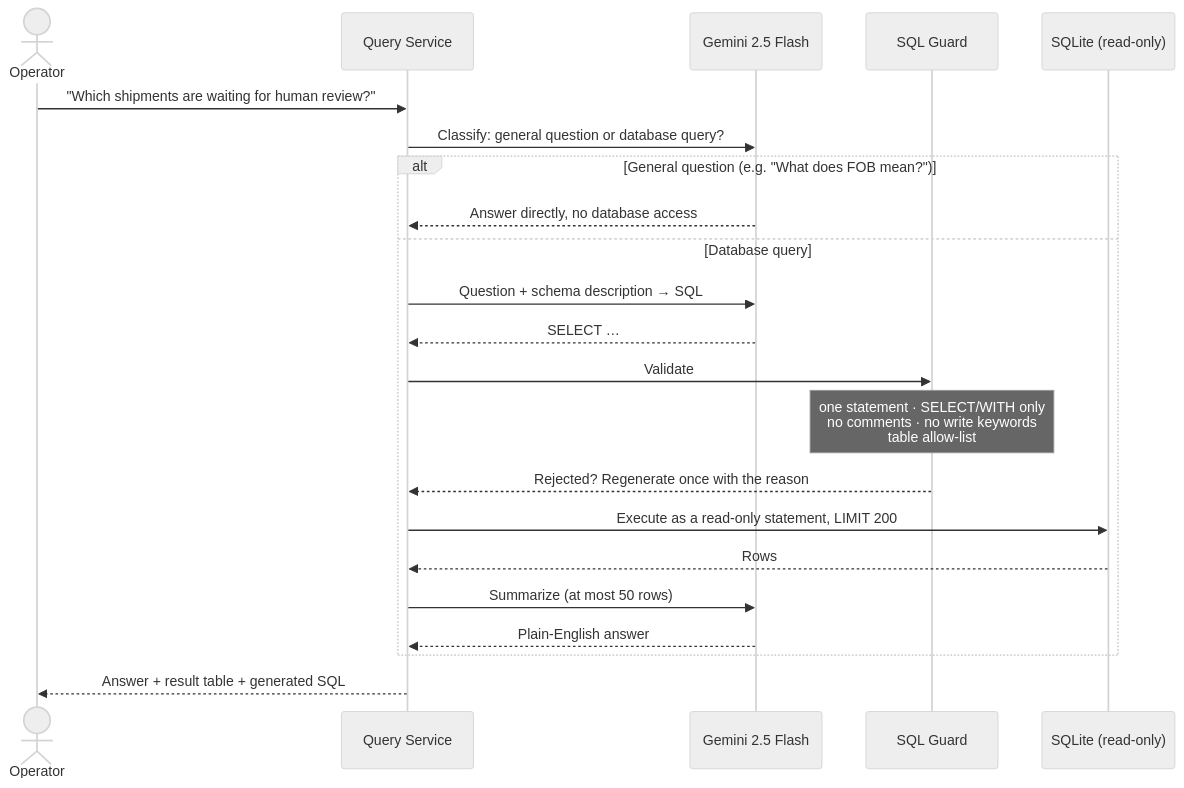
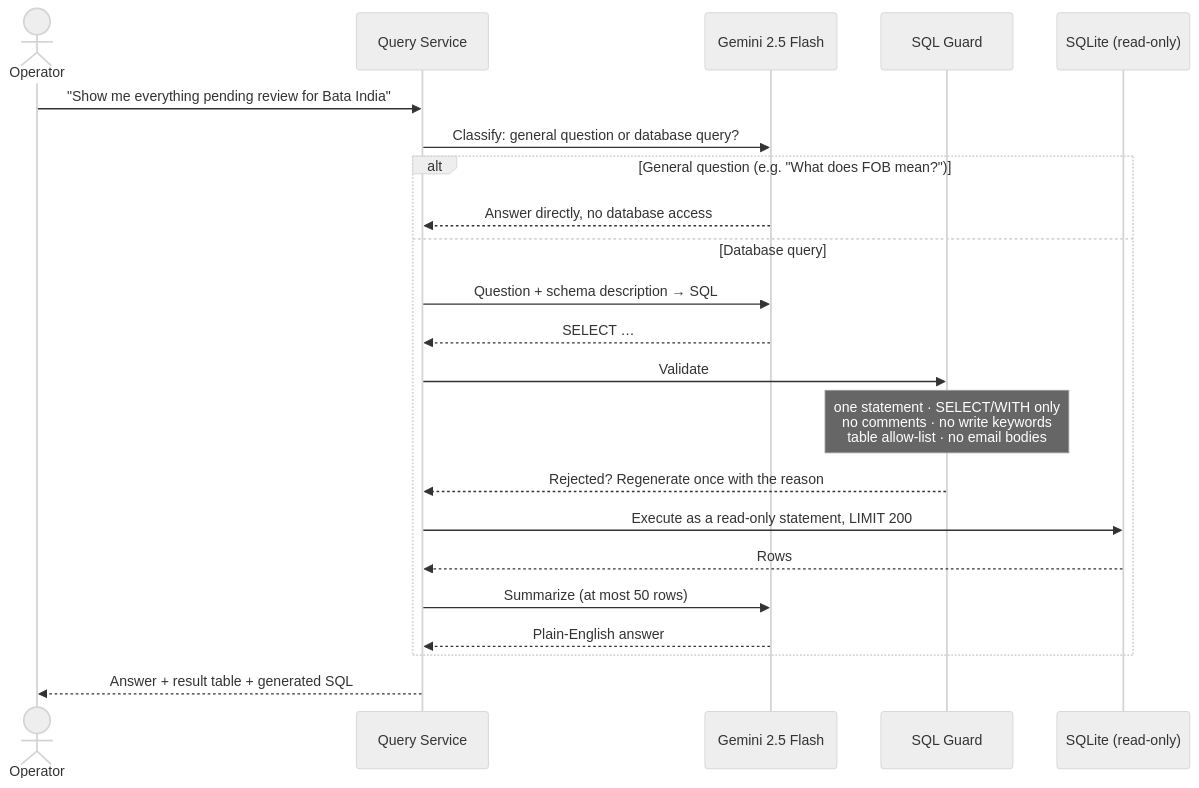
One commit to Dakshkweera/Go-Comet changed the sixth of 6 diagrams in README.md. Above: the diagram before and after it, drawn with Mermaid (neutral theme). The commit also changed other lines of this file and 1 other file, not shown here.

````diff
--- a/README.md
+++ b/README.md
@@ -197,25 +284,25 @@
 ```mermaid
 sequenceDiagram
     actor O as Operator
     participant Q as Query Service
     participant L as Gemini 2.5 Flash
     participant G as SQL Guard
     participant D as SQLite (read-only)
 
-    O->>Q: "Which shipments are waiting for human review?"
+    O->>Q: "Show me everything pending review for Bata India"
     Q->>L: Classify: general question or database query?
     alt General question (e.g. "What does FOB mean?")
         L-->>Q: Answer directly, no database access
     else Database query
         Q->>L: Question + schema description → SQL
         L-->>Q: SELECT …
         Q->>G: Validate
-        Note over G: one statement · SELECT/WITH only<br/>no comments · no write keywords<br/>table allow-list
+        Note over G: one statement · SELECT/WITH only<br/>no comments · no write keywords<br/>table allow-list · no email bodies
         G-->>Q: Rejected? Regenerate once with the reason
         Q->>D: Execute as a read-only statement, LIMIT 200
         D-->>Q: Rows
         Q->>L: Summarize (at most 50 rows)
         L-->>Q: Plain-English answer
     end
     Q-->>O: Answer + result table + generated SQL
 ```
````
